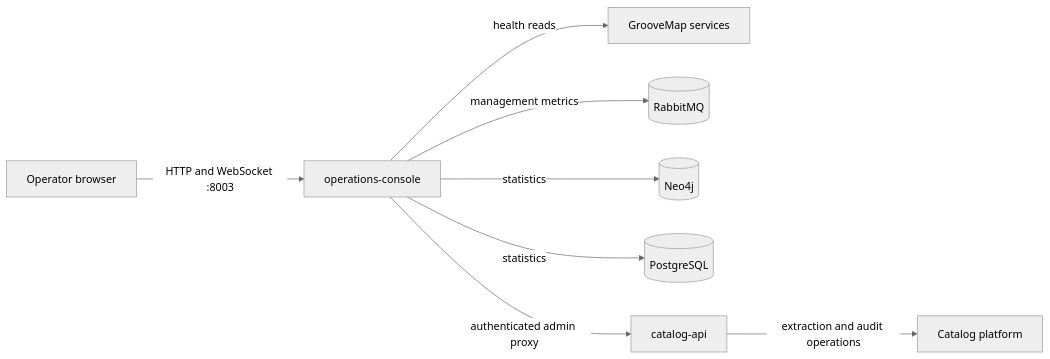
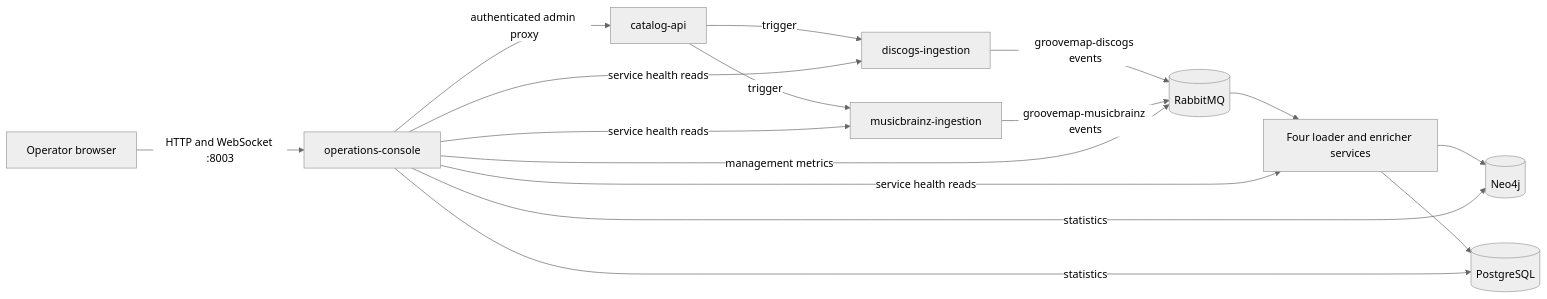
Before and after one commit to groovemap-music/operations-console: the first of 2 diagrams in docs/architecture.md, drawn with Mermaid (neutral theme). The commit also changed other lines of this file and 8 other files, not shown here.

Commit message:
docs(console): reconcile runtime ownership and operations

````diff
--- a/docs/architecture.md
+++ b/docs/architecture.md
@@ -5,10 +5,18 @@
 ```mermaid
 flowchart LR
     Operator[Operator browser] -->|HTTP and WebSocket :8003| Console[operations-console]
-    Console -->|health reads| Services[GrooveMap services]
-    Console -->|management metrics| RabbitMQ[(RabbitMQ)]
-    Console -->|statistics| Neo4j[(Neo4j)]
-    Console -->|statistics| Postgres[(PostgreSQL)]
     Console -->|authenticated admin proxy| Catalog[catalog-api]
-    Catalog -->|extraction and audit operations| Platform[Catalog platform]
+    Catalog -->|trigger| DiscogsIngestion[discogs-ingestion]
+    Catalog -->|trigger| MusicBrainzIngestion[musicbrainz-ingestion]
+    DiscogsIngestion -->|groovemap-discogs events| RabbitMQ[(RabbitMQ)]
+    MusicBrainzIngestion -->|groovemap-musicbrainz events| RabbitMQ
+    RabbitMQ --> Consumers[Four loader and enricher services]
+    Consumers --> Neo4j[(Neo4j)]
+    Consumers --> Postgres[(PostgreSQL)]
+    Console -->|service health reads| DiscogsIngestion
+    Console -->|service health reads| MusicBrainzIngestion
+    Console -->|service health reads| Consumers
+    Console -->|management metrics| RabbitMQ
+    Console -->|statistics| Neo4j
+    Console -->|statistics| Postgres
 ```
````
